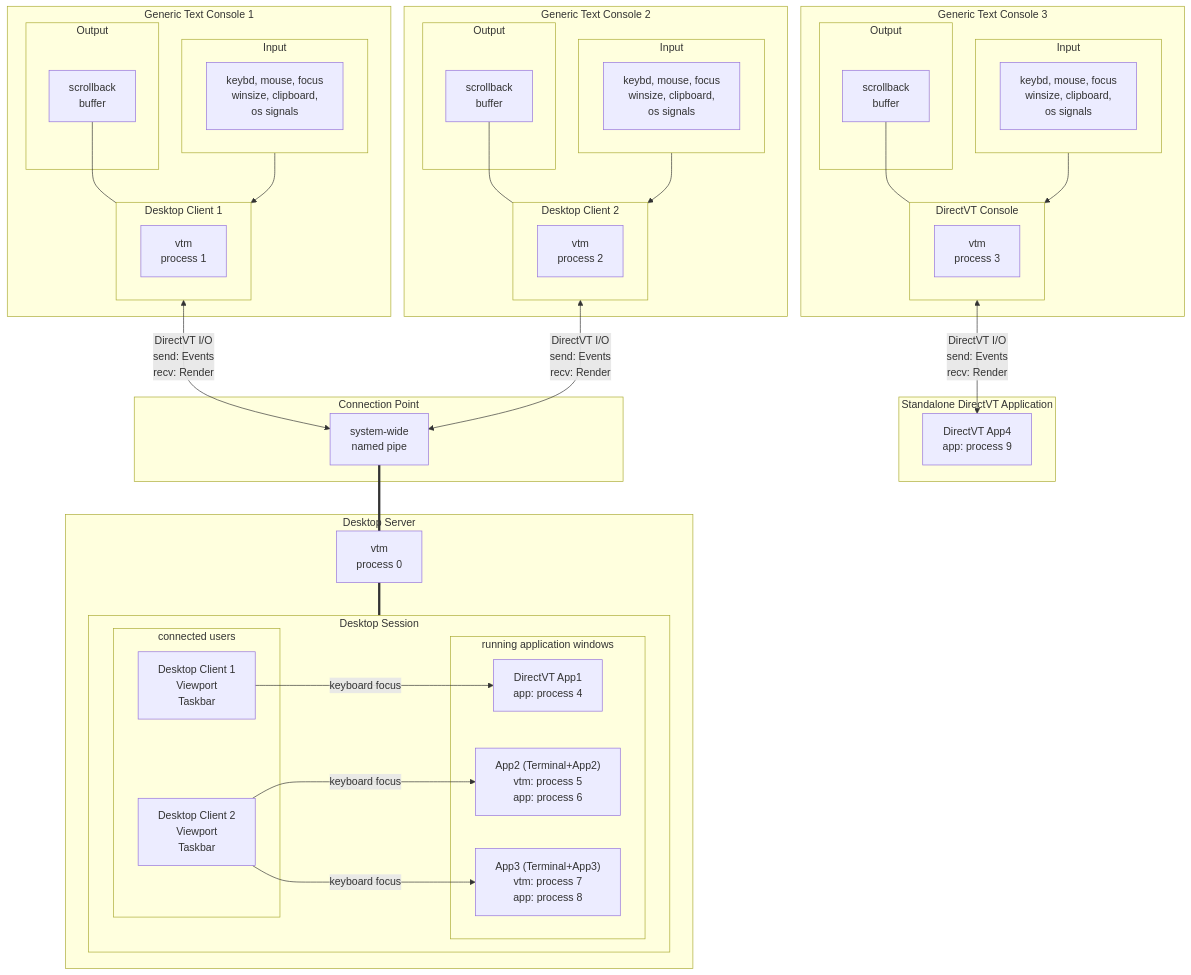
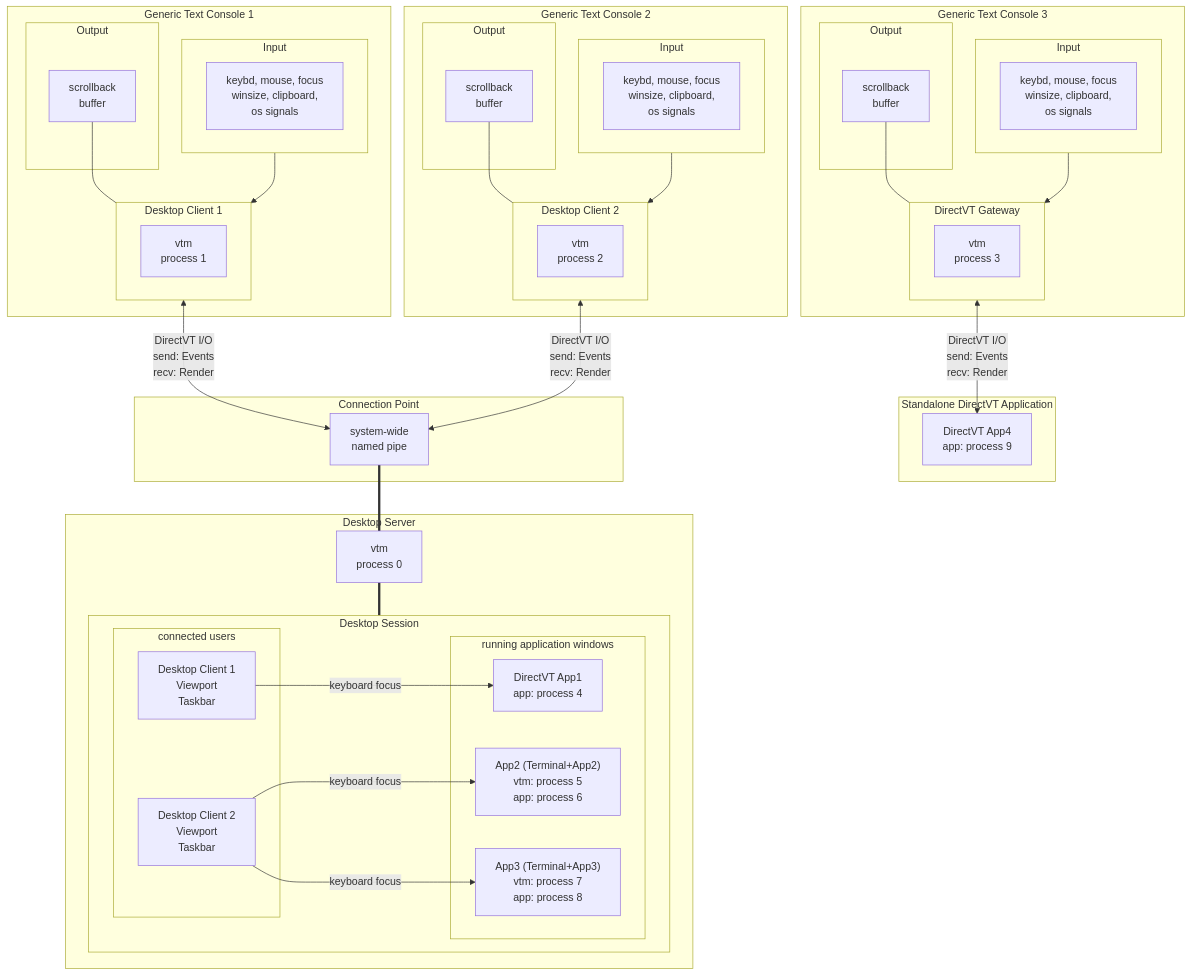
The diagram in doc/architecture.md (directvt/vtm), drawn with Mermaid before and after one commit. The commit also changed other lines of this file and 9 other files, not shown here.

````diff
--- a/doc/architecture.md
+++ b/doc/architecture.md
@@ -99,78 +99,78 @@
 ```mermaid
 graph TB
     subgraph IE10[Generic Text Console 1]
         subgraph IE1[Input]
             direction LR
             C1[keybd, mouse, focus\nwinsize, clipboard,\nos signals]
         end
         subgraph OU1[Output]
             TC1[scrollback\nbuffer]
         end
         subgraph CS1[Desktop Client 1]
             VTM1[vtm\nprocess 1]
         end
         C1 --> CS1
         TC1 --- CS1
     end
 
     subgraph IE20[Generic Text Console 2]
         subgraph IE2[Input]
             direction LR
             C2[keybd, mouse, focus\nwinsize, clipboard,\nos signals]
         end
         subgraph OU2[Output]
             TC2[scrollback\nbuffer]
         end
         subgraph CS2[Desktop Client 2]
             VTM2[vtm\nprocess 2]
         end
         C2 --> CS2
         TC2 --- CS2
     end
 
     subgraph IE30[Generic Text Console 3]
         subgraph IE3[Input]
             direction LR
             C3[keybd, mouse, focus\nwinsize, clipboard,\nos signals]
         end
         subgraph OU3[Output]
             TC3[scrollback\nbuffer]
         end
-        subgraph CS3[DirectVT Console]
+        subgraph CS3[DirectVT Gateway]
             VTM3[vtm\nprocess 3]
         end
         C3 --> CS3
         TC3 --- CS3
     end
     subgraph APP0x[Standalone DirectVT Application]
         APP01[DirectVT App4\napp: process 9]
     end
     CS3 <-->|DirectVT I/O\nsend: Events\nrecv: Render| APP01
 
     subgraph NP[Connection Point]
         TS["system-wide\nnamed pipe"]
     end
 
     subgraph SS[Desktop Server]
         VTMs[vtm\nprocess 0]
         subgraph SE[Desktop Session]
             subgraph APPx[running application windows]
                 APP1[DirectVT App1\napp: process 4]
                 APP2["App2 (Terminal+App2)\nvtm: process 5\napp: process 6"]
                 APP3["App3 (Terminal+App3)\nvtm: process 7\napp: process 8"]
             end
             subgraph APPu[connected users]
                 USR1["Desktop Client 1\nViewport\nTaskbar"]
                 USR2["Desktop Client 2\nViewport\nTaskbar"]
             end
             USR1 --->|keyboard focus| APP1
             USR2 --->|keyboard focus| APP2
             USR2 --->|keyboard focus| APP3
         end
         VTMs === SE
     end
 
     CS1 <-->|DirectVT I/O\nsend: Events\nrecv: Render| TS
     CS2 <-->|DirectVT I/O\nsend: Events\nrecv: Render| TS
     TS === VTMs
 ```
````
